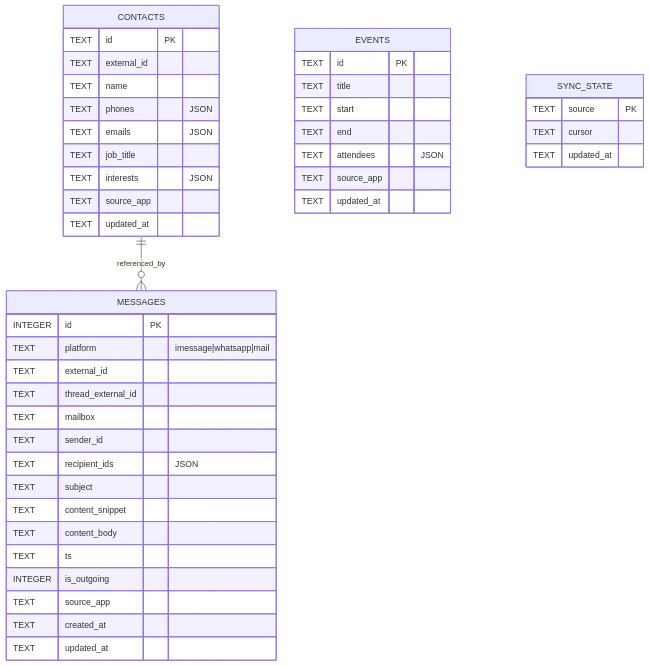
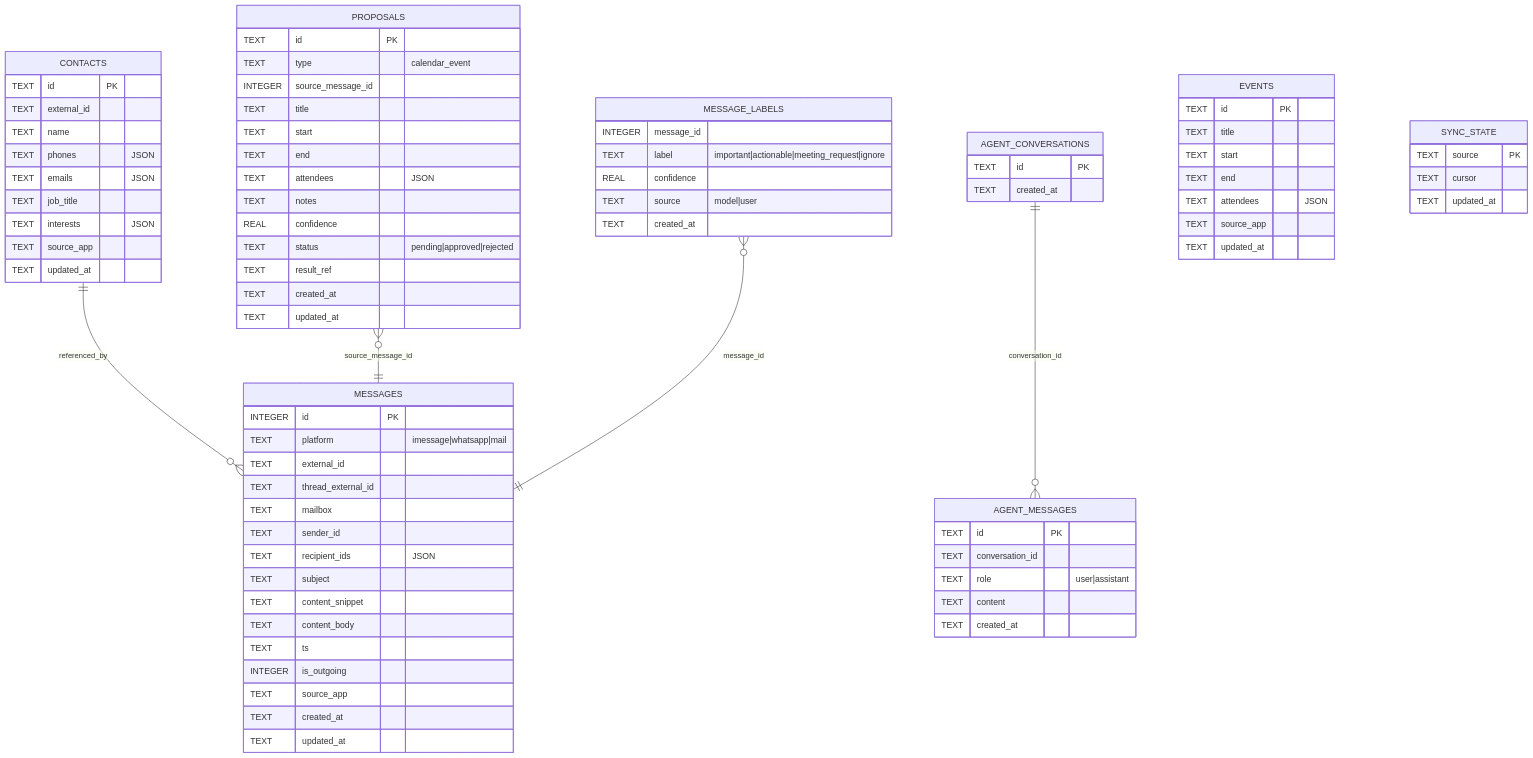
One commit to joshuawlim/Kenny-v2 changed the diagram in docs/architecture/diagrams/data.mmd. Above: the diagram before and after it, drawn with Mermaid. The commit also changed 16 other files, not shown here.

```diff
--- a/docs/architecture/diagrams/data.mmd
+++ b/docs/architecture/diagrams/data.mmd
@@ -1,48 +1,88 @@
 erDiagram
   CONTACTS ||--o{ MESSAGES : referenced_by
+  PROPOSALS }o--|| MESSAGES : source_message_id
+  AGENT_CONVERSATIONS ||--o{ AGENT_MESSAGES : conversation_id
+  MESSAGE_LABELS }o--|| MESSAGES : message_id
 
   CONTACTS {
     TEXT id PK
     TEXT external_id
     TEXT name
     TEXT phones  "JSON"
     TEXT emails  "JSON"
     TEXT job_title
     TEXT interests "JSON"
     TEXT source_app
     TEXT updated_at
   }
 
   MESSAGES {
     INTEGER id PK
     TEXT platform "imessage|whatsapp|mail"
     TEXT external_id
     TEXT thread_external_id
     TEXT mailbox
     TEXT sender_id
     TEXT recipient_ids "JSON"
     TEXT subject
     TEXT content_snippet
     TEXT content_body
     TEXT ts
     INTEGER is_outgoing
     TEXT source_app
     TEXT created_at
     TEXT updated_at
   }
 
   EVENTS {
     TEXT id PK
     TEXT title
     TEXT start
     TEXT end
     TEXT attendees "JSON"
     TEXT source_app
     TEXT updated_at
   }
 
   SYNC_STATE {
     TEXT source PK
     TEXT cursor
     TEXT updated_at
   }
+
+  PROPOSALS {
+    TEXT id PK
+    TEXT type "calendar_event"
+    INTEGER source_message_id
+    TEXT title
+    TEXT start
+    TEXT end
+    TEXT attendees "JSON"
+    TEXT notes
+    REAL confidence
+    TEXT status "pending|approved|rejected"
+    TEXT result_ref
+    TEXT created_at
+    TEXT updated_at
+  }
+
+  AGENT_CONVERSATIONS {
+    TEXT id PK
+    TEXT created_at
+  }
+
+  AGENT_MESSAGES {
+    TEXT id PK
+    TEXT conversation_id
+    TEXT role "user|assistant"
+    TEXT content
+    TEXT created_at
+  }
+
+  MESSAGE_LABELS {
+    INTEGER message_id
+    TEXT label "important|actionable|meeting_request|ignore"
+    REAL confidence
+    TEXT source "model|user"
+    TEXT created_at
+  }
```
